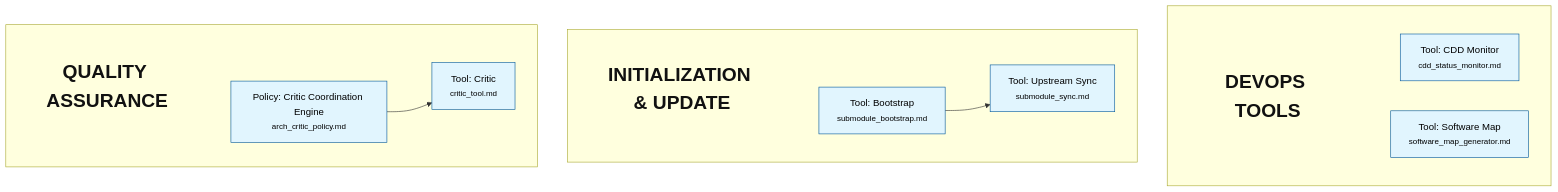
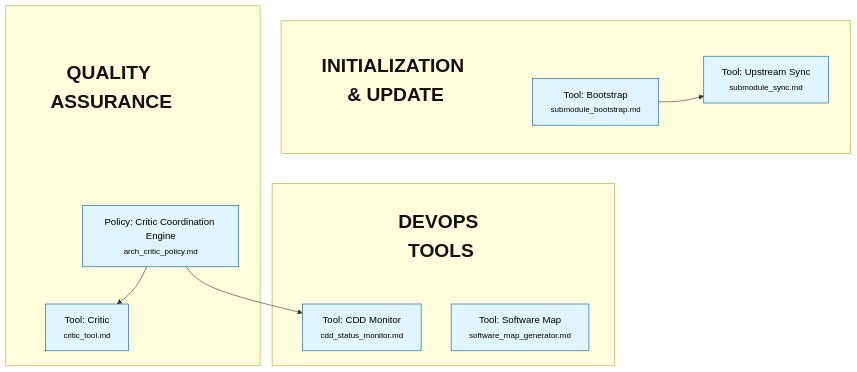
Before and after one commit to rlabarca/agentic-dev-core: the diagram in README.md, drawn with Mermaid. The commit also changed 7 other files, not shown here.

First line of the commit message:
docs: add CDD status.sh spec, align artifact paths with submodule mandate

````diff
--- a/README.md
+++ b/README.md
@@ -125,45 +125,46 @@
 ```mermaid
 flowchart TD
 
 
     subgraph DevOps_Tools [" "]
         title_DevOps_Tools["DEVOPS TOOLS"]
         cdd_status_monitor["Tool: CDD Monitor<br/><small>cdd_status_monitor.md</small>"]
         title_DevOps_Tools ~~~ cdd_status_monitor
         software_map_generator["Tool: Software Map<br/><small>software_map_generator.md</small>"]
         title_DevOps_Tools ~~~ software_map_generator
     end
 
     subgraph Initialization_&_Update [" "]
         title_Initialization_&_Update["INITIALIZATION & UPDATE"]
         submodule_bootstrap["Tool: Bootstrap<br/><small>submodule_bootstrap.md</small>"]
         title_Initialization_&_Update ~~~ submodule_bootstrap
         submodule_sync["Tool: Upstream Sync<br/><small>submodule_sync.md</small>"]
         title_Initialization_&_Update ~~~ submodule_sync
     end
 
     subgraph Quality_Assurance [" "]
         title_Quality_Assurance["QUALITY ASSURANCE"]
         arch_critic_policy["Policy: Critic Coordination Engine<br/><small>arch_critic_policy.md</small>"]
         title_Quality_Assurance ~~~ arch_critic_policy
         critic_tool["Tool: Critic<br/><small>critic_tool.md</small>"]
         title_Quality_Assurance ~~~ critic_tool
     end
 
     %% Relationships
+    arch_critic_policy --> cdd_status_monitor
     arch_critic_policy --> critic_tool
     submodule_bootstrap --> submodule_sync
 
     %% Styling Definitions
     classDef default fill:#e1f5fe,stroke:#01579b,stroke-width:1px,color:black;
     classDef release fill:#f96,stroke:#333,stroke-width:2px,color:black,font-weight:bold;
     classDef hardware fill:#e8f5e9,stroke:#2e7d32,stroke-width:1px,color:black;
     classDef ui fill:#f3e5f5,stroke:#7b1fa2,stroke-width:1px,color:black;
     classDef process fill:#f1f8e9,stroke:#558b2f,stroke-width:1px,color:black;
     classDef subgraphTitle fill:none,stroke:none,color:#111,font-size:32px,font-weight:bold;
 
     %% Style Applications
     class title_DevOps_Tools subgraphTitle;
     class title_Initialization_&_Update subgraphTitle;
     class title_Quality_Assurance subgraphTitle;
 ```
````
